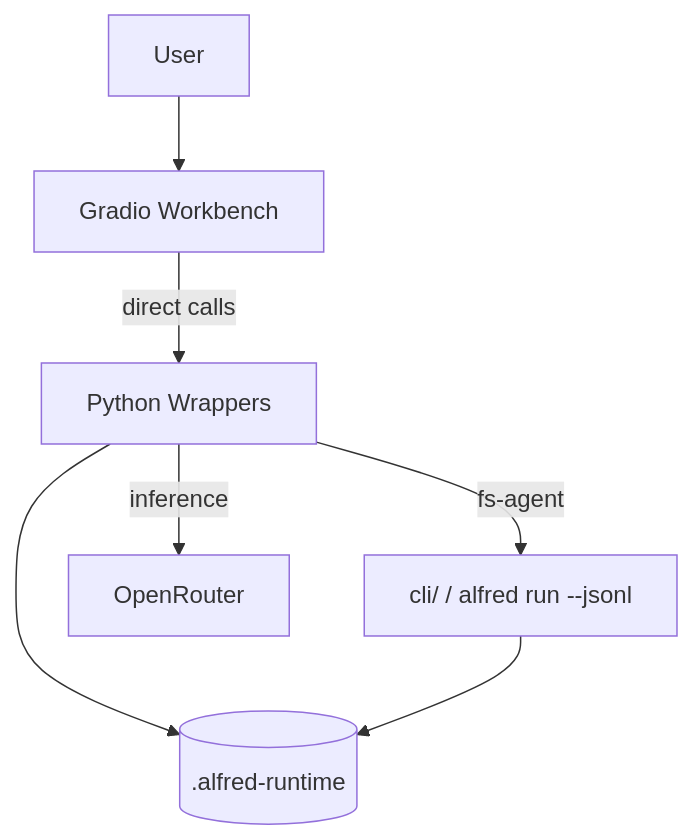
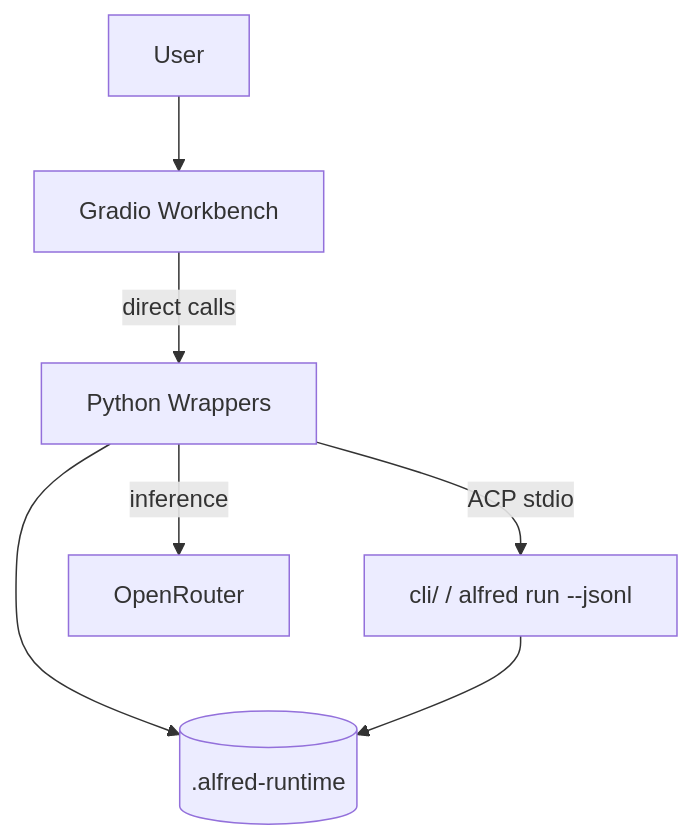
One commit to AIByJohannes/alfred changed the first of 2 diagrams in docs/architecture.md. Above: the diagram before and after it, drawn with Mermaid. The commit also changed other lines of this file and 35 other files, not shown here.

````diff
--- a/docs/architecture.md
+++ b/docs/architecture.md
@@ -16,16 +16,16 @@
 ```mermaid
 graph TD
     User[User]
     UI[Gradio Workbench]
     PY[Python Wrappers]
     CLI[cli/ / alfred run --jsonl]
     FS[(.alfred-runtime)]
     LLM[OpenRouter]
 
     User --> UI
     UI -->|direct calls| PY
     PY -->|inference| LLM
-    PY -->|fs-agent| CLI
+    PY -->|ACP stdio| CLI
     PY --> FS
     CLI --> FS
 ```
````
